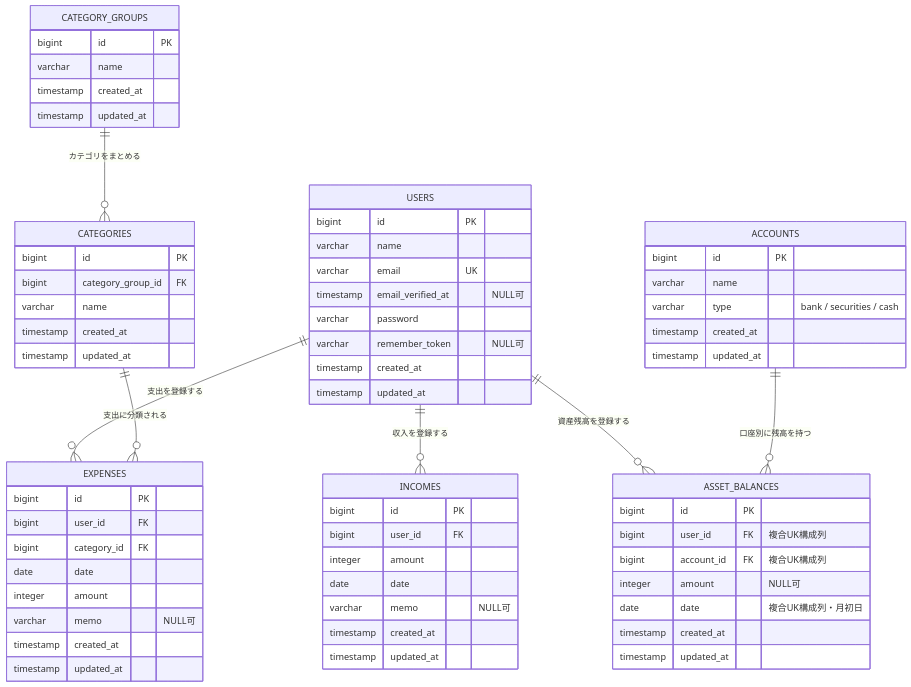
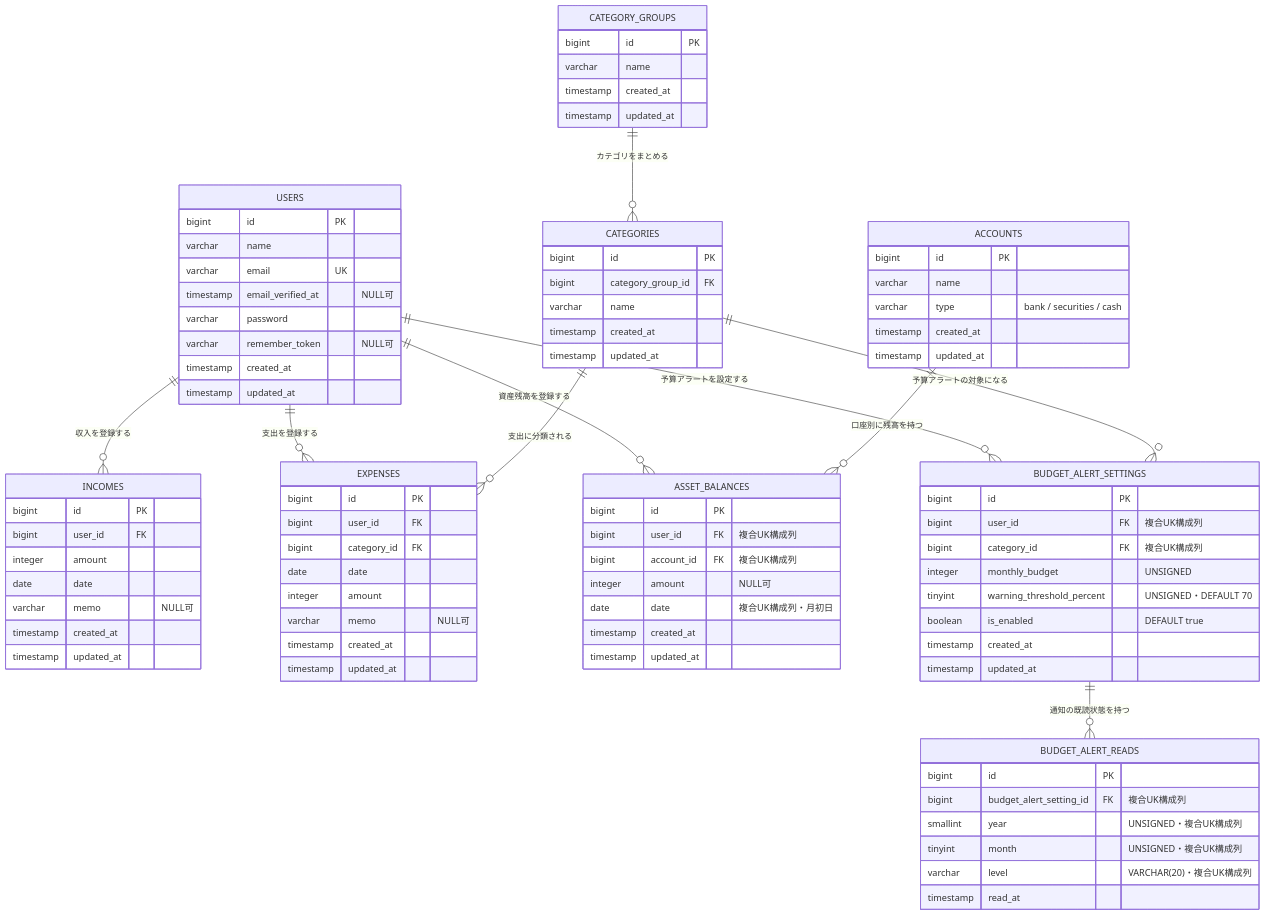
The first of 2 diagrams in docs/er-diagram.md (sub-law/kakeibo-mobile-api), drawn with Mermaid before and after one commit. The commit also changed other lines of this file and 16 other files, not shown here.

````diff
--- a/docs/er-diagram.md
+++ b/docs/er-diagram.md
@@ -9,9 +9,12 @@
     USERS ||--o{ INCOMES : "収入を登録する"
     USERS ||--o{ EXPENSES : "支出を登録する"
     USERS ||--o{ ASSET_BALANCES : "資産残高を登録する"
+    USERS ||--o{ BUDGET_ALERT_SETTINGS : "予算アラートを設定する"
     CATEGORY_GROUPS ||--o{ CATEGORIES : "カテゴリをまとめる"
     CATEGORIES ||--o{ EXPENSES : "支出に分類される"
+    CATEGORIES ||--o{ BUDGET_ALERT_SETTINGS : "予算アラートの対象になる"
     ACCOUNTS ||--o{ ASSET_BALANCES : "口座別に残高を持つ"
+    BUDGET_ALERT_SETTINGS ||--o{ BUDGET_ALERT_READS : "通知の既読状態を持つ"
 
     USERS {
         bigint id PK
@@ -77,4 +80,24 @@
         timestamp created_at
         timestamp updated_at
     }
+
+    BUDGET_ALERT_SETTINGS {
+        bigint id PK
+        bigint user_id FK "複合UK構成列"
+        bigint category_id FK "複合UK構成列"
+        integer monthly_budget "UNSIGNED"
+        tinyint warning_threshold_percent "UNSIGNED・DEFAULT 70"
+        boolean is_enabled "DEFAULT true"
+        timestamp created_at
+        timestamp updated_at
+    }
+
+    BUDGET_ALERT_READS {
+        bigint id PK
+        bigint budget_alert_setting_id FK "複合UK構成列"
+        smallint year "UNSIGNED・複合UK構成列"
+        tinyint month "UNSIGNED・複合UK構成列"
+        varchar level "VARCHAR(20)・複合UK構成列"
+        timestamp read_at
+    }
 ```
````
